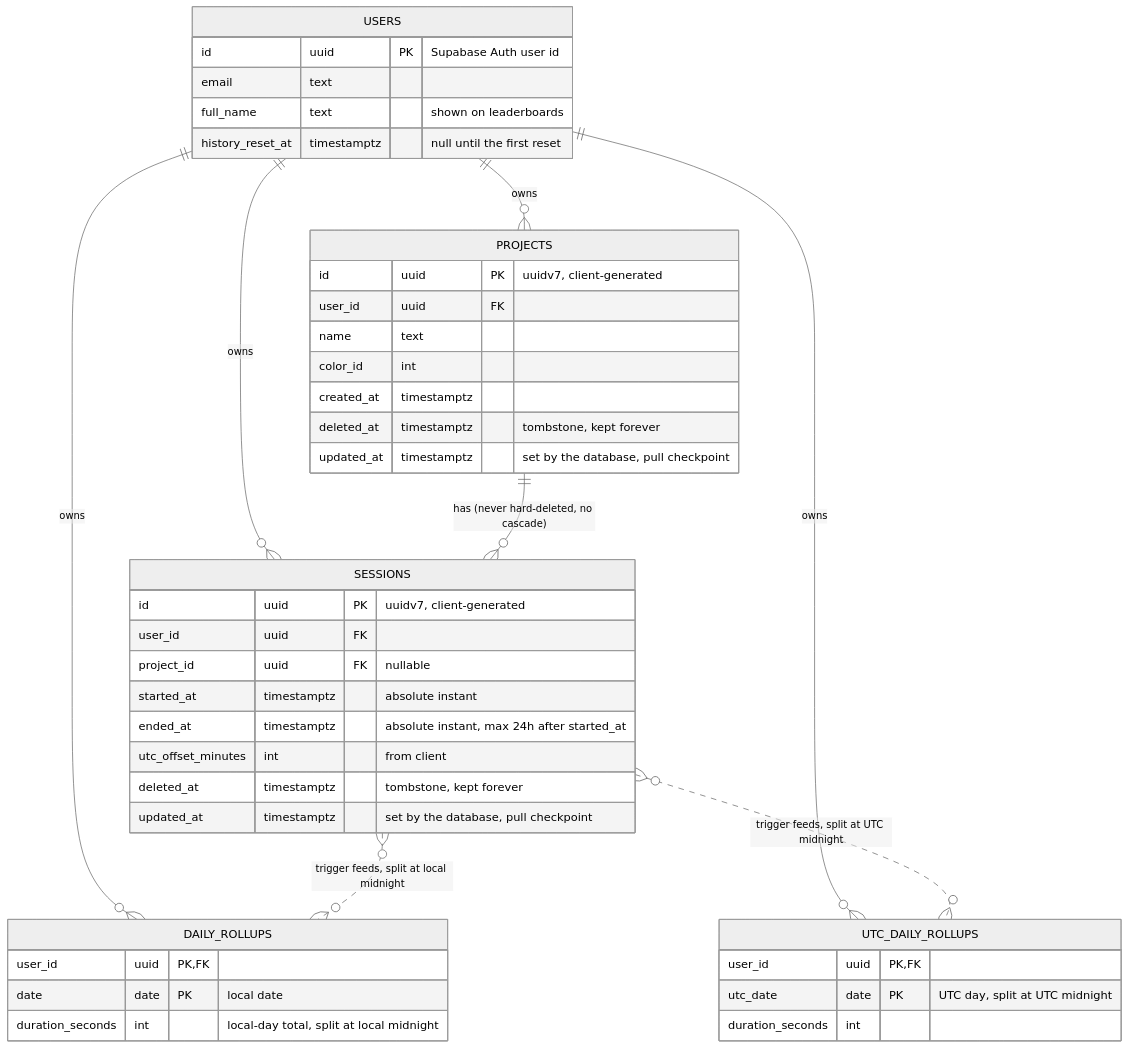
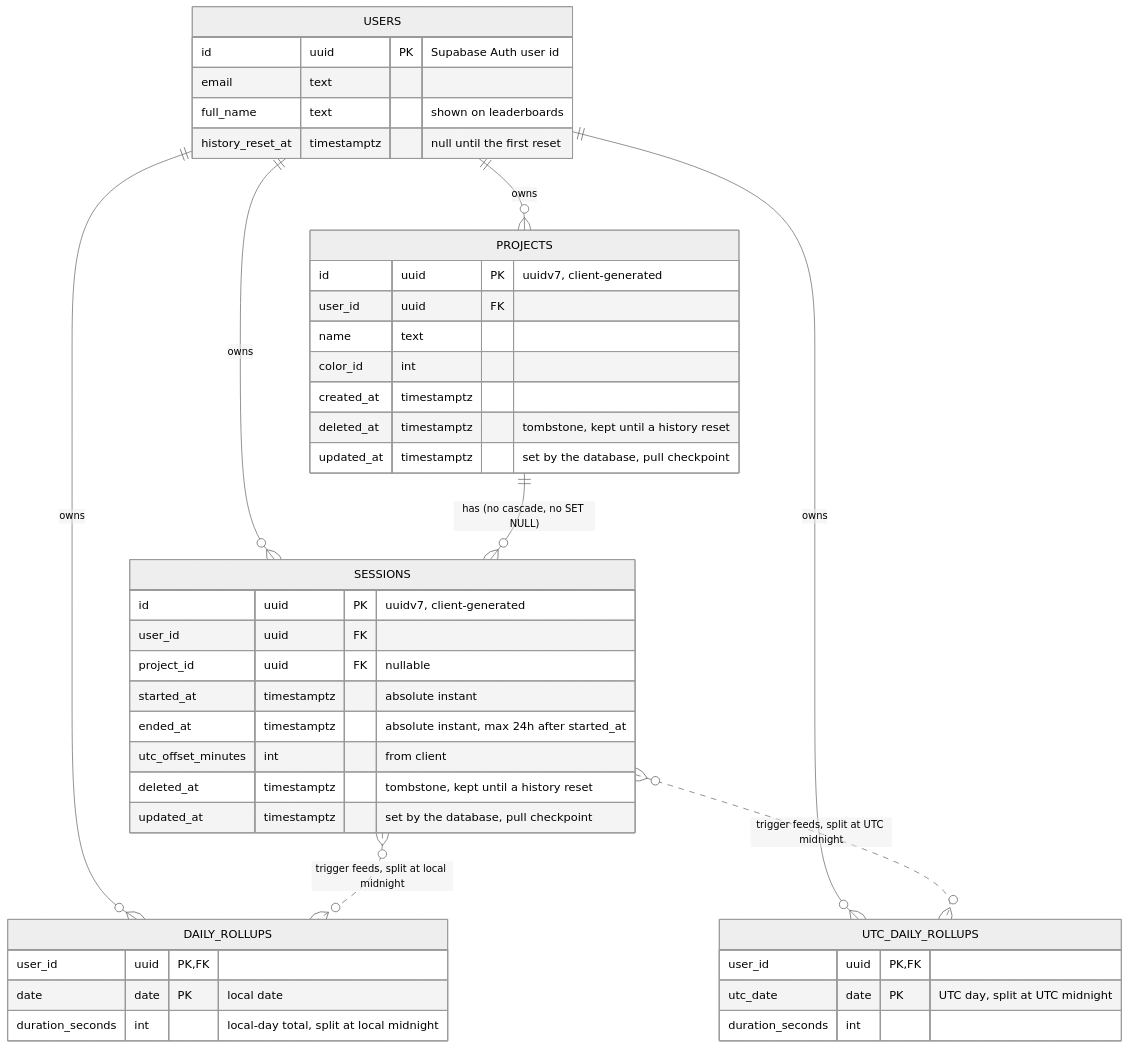
One commit to sardaar-niamotullah/tarkeez changed the third of 3 diagrams in README.md. Above: the diagram before and after it, drawn with Mermaid (neutral theme). The commit also changed other lines of this file and 1 other file, not shown here.

````diff
--- a/README.md
+++ b/README.md
@@ -371,46 +379,46 @@
 ```mermaid
 erDiagram
   USERS ||--o{ PROJECTS : owns
   USERS ||--o{ SESSIONS : owns
   USERS ||--o{ DAILY_ROLLUPS : owns
   USERS ||--o{ UTC_DAILY_ROLLUPS : owns
-  PROJECTS ||--o{ SESSIONS : "has (never hard-deleted, no cascade)"
+  PROJECTS ||--o{ SESSIONS : "has (no cascade, no SET NULL)"
   SESSIONS }o..o{ DAILY_ROLLUPS : "trigger feeds, split at local midnight"
   SESSIONS }o..o{ UTC_DAILY_ROLLUPS : "trigger feeds, split at UTC midnight"
 
   USERS {
     id uuid PK "Supabase Auth user id"
     email text
     full_name text "shown on leaderboards"
     history_reset_at timestamptz "null until the first reset"
   }
   PROJECTS {
     id uuid PK "uuidv7, client-generated"
     user_id uuid FK
     name text
     color_id int
     created_at timestamptz
-    deleted_at timestamptz "tombstone, kept forever"
+    deleted_at timestamptz "tombstone, kept until a history reset"
     updated_at timestamptz "set by the database, pull checkpoint"
   }
   SESSIONS {
     id uuid PK "uuidv7, client-generated"
     user_id uuid FK
     project_id uuid FK "nullable"
     started_at timestamptz "absolute instant"
     ended_at timestamptz "absolute instant, max 24h after started_at"
     utc_offset_minutes int "from client"
-    deleted_at timestamptz "tombstone, kept forever"
+    deleted_at timestamptz "tombstone, kept until a history reset"
     updated_at timestamptz "set by the database, pull checkpoint"
   }
   DAILY_ROLLUPS {
     user_id uuid PK, FK
     date date PK "local date"
     duration_seconds int "local-day total, split at local midnight"
   }
   UTC_DAILY_ROLLUPS {
     user_id uuid PK, FK
     utc_date date PK "UTC day, split at UTC midnight"
     duration_seconds int
   }
 ```
````
